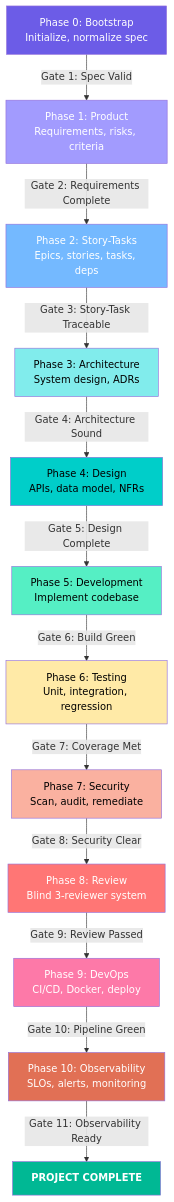
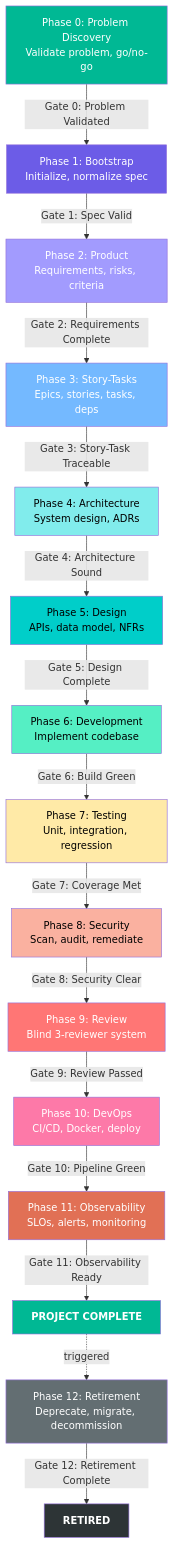
The first of 8 diagrams in docs/phases.md (bitbitcodes/autonomous-sdlc), drawn with Mermaid before and after one commit. The commit also changed other lines of this file and 131 other files, not shown here.

````diff
--- a/docs/phases.md
+++ b/docs/phases.md
@@ -7,29 +7,35 @@
 ```mermaid
 flowchart TD
-    P0["Phase 0: Bootstrap<br/>Initialize, normalize spec"] -->|"Gate 1: Spec Valid"| P1
-    P1["Phase 1: Product<br/>Requirements, risks, criteria"] -->|"Gate 2: Requirements Complete"| P2
-    P2["Phase 2: Story-Tasks<br/>Epics, stories, tasks, deps"] -->|"Gate 3: Story-Task Traceable"| P3
-    P3["Phase 3: Architecture<br/>System design, ADRs"] -->|"Gate 4: Architecture Sound"| P4
-    P4["Phase 4: Design<br/>APIs, data model, NFRs"] -->|"Gate 5: Design Complete"| P5
-    P5["Phase 5: Development<br/>Implement codebase"] -->|"Gate 6: Build Green"| P6
-    P6["Phase 6: Testing<br/>Unit, integration, regression"] -->|"Gate 7: Coverage Met"| P7
-    P7["Phase 7: Security<br/>Scan, audit, remediate"] -->|"Gate 8: Security Clear"| P8
-    P8["Phase 8: Review<br/>Blind 3-reviewer system"] -->|"Gate 9: Review Passed"| P9
-    P9["Phase 9: DevOps<br/>CI/CD, Docker, deploy"] -->|"Gate 10: Pipeline Green"| P10
-    P10["Phase 10: Observability<br/>SLOs, alerts, monitoring"] -->|"Gate 11: Observability Ready"| DONE
+    PN1["Phase 0: Problem Discovery<br/>Validate problem, go/no-go"] -->|"Gate 0: Problem Validated"| P0
+    P0["Phase 1: Bootstrap<br/>Initialize, normalize spec"] -->|"Gate 1: Spec Valid"| P1
+    P1["Phase 2: Product<br/>Requirements, risks, criteria"] -->|"Gate 2: Requirements Complete"| P2
+    P2["Phase 3: Story-Tasks<br/>Epics, stories, tasks, deps"] -->|"Gate 3: Story-Task Traceable"| P3
+    P3["Phase 4: Architecture<br/>System design, ADRs"] -->|"Gate 4: Architecture Sound"| P4
+    P4["Phase 5: Design<br/>APIs, data model, NFRs"] -->|"Gate 5: Design Complete"| P5
+    P5["Phase 6: Development<br/>Implement codebase"] -->|"Gate 6: Build Green"| P6
+    P6["Phase 7: Testing<br/>Unit, integration, regression"] -->|"Gate 7: Coverage Met"| P7
+    P7["Phase 8: Security<br/>Scan, audit, remediate"] -->|"Gate 8: Security Clear"| P8
+    P8["Phase 9: Review<br/>Blind 3-reviewer system"] -->|"Gate 9: Review Passed"| P9
+    P9["Phase 10: DevOps<br/>CI/CD, Docker, deploy"] -->|"Gate 10: Pipeline Green"| P10
+    P10["Phase 11: Observability<br/>SLOs, alerts, monitoring"] -->|"Gate 11: Observability Ready"| DONE
+    DONE -.->|"triggered"| P12["Phase 12: Retirement<br/>Deprecate, migrate, decommission"]
+    P12 -->|"Gate 12: Retirement Complete"| RETIRED["RETIRED"]
 
     DONE["PROJECT COMPLETE"]
 
+    style PN1 fill:#00b894,color:#fff
     style P0 fill:#6c5ce7,color:#fff
     style P1 fill:#a29bfe,color:#fff
     style P2 fill:#74b9ff,color:#fff
     style P3 fill:#81ecec,color:#000
     style P4 fill:#00cec9,color:#000
     style P5 fill:#55efc4,color:#000
     style P6 fill:#ffeaa7,color:#000
     style P7 fill:#fab1a0,color:#000
     style P8 fill:#ff7675,color:#fff
     style P9 fill:#fd79a8,color:#fff
     style P10 fill:#e17055,color:#fff
+    style P12 fill:#636e72,color:#fff
     style DONE fill:#00b894,color:#fff,font-weight:bold
+    style RETIRED fill:#2d3436,color:#fff,font-weight:bold
 ```
````
